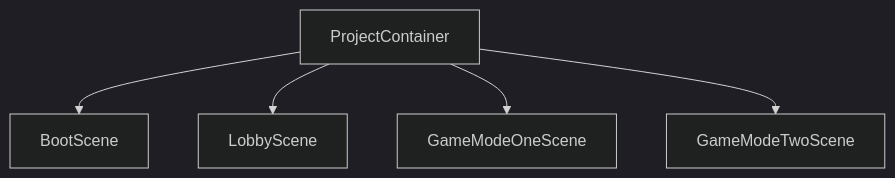
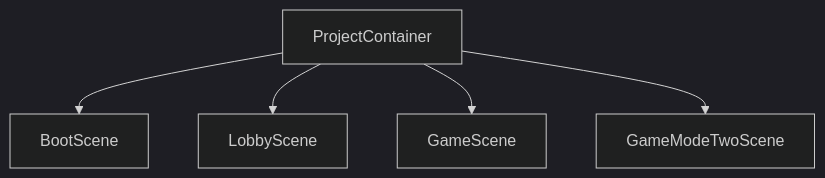
One commit to gustavopsantos/Reflex changed the first of 2 diagrams in .github/README.md. Above: the diagram before and after it, drawn with Mermaid (dark theme). The commit also changed other lines of this file, not shown here.

````diff
--- a/.github/README.md
+++ b/.github/README.md
@@ -209,7 +209,7 @@
 ```mermaid
 graph
 ProjectContainer --> BootScene
 ProjectContainer --> LobbyScene
-ProjectContainer --> GameModeOneScene
+ProjectContainer --> GameScene
 ProjectContainer --> GameModeTwoScene
 ```
````
